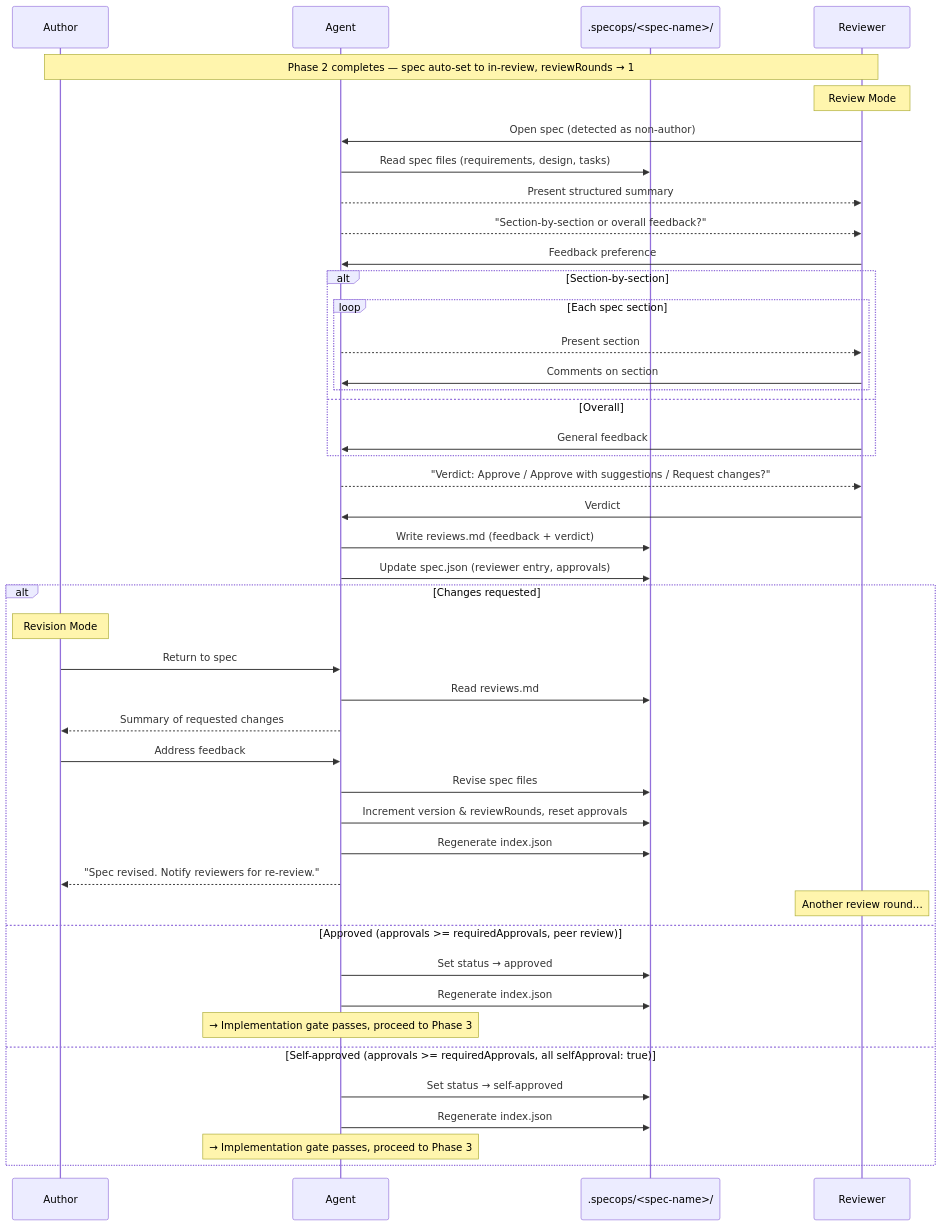
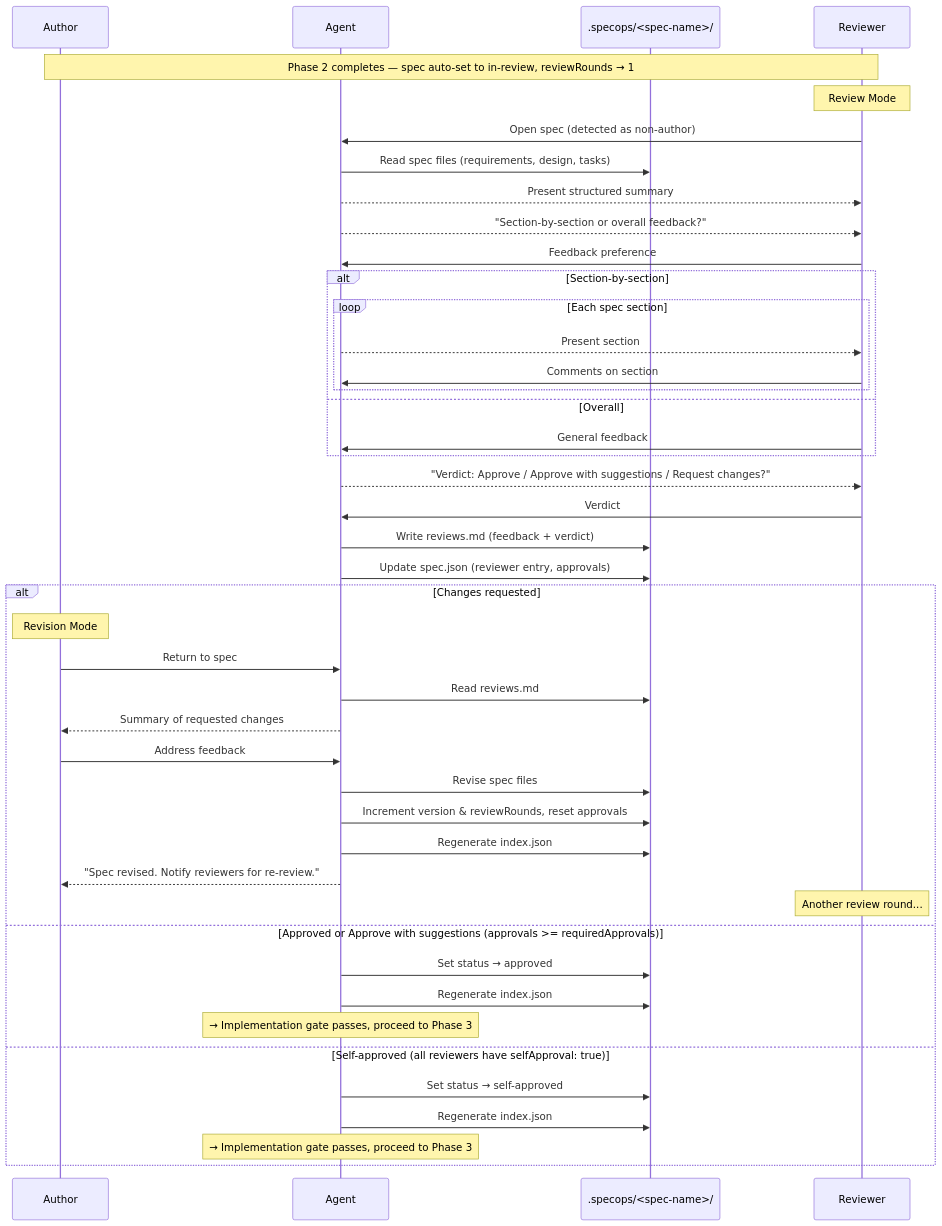
Before and after one commit to sanmak/specops: the third of 8 diagrams in docs/DIAGRAMS.md, drawn with Mermaid. The commit also changed other lines of this file and 13 other files, not shown here.

````diff
--- a/docs/DIAGRAMS.md
+++ b/docs/DIAGRAMS.md
@@ -158,53 +158,53 @@
 ```mermaid
 sequenceDiagram
     participant Author
     participant A as Agent
     participant S as .specops/<spec-name>/
     participant Reviewer
 
     Note over Author,Reviewer: Phase 2 completes — spec auto-set to in-review, reviewRounds → 1
 
     Note over Reviewer: Review Mode
 
     Reviewer->>A: Open spec (detected as non-author)
     A->>S: Read spec files (requirements, design, tasks)
     A-->>Reviewer: Present structured summary
     A-->>Reviewer: "Section-by-section or overall feedback?"
     Reviewer->>A: Feedback preference
 
     alt Section-by-section
         loop Each spec section
             A-->>Reviewer: Present section
             Reviewer->>A: Comments on section
         end
     else Overall
         Reviewer->>A: General feedback
     end
 
     A-->>Reviewer: "Verdict: Approve / Approve with suggestions / Request changes?"
     Reviewer->>A: Verdict
 
     A->>S: Write reviews.md (feedback + verdict)
     A->>S: Update spec.json (reviewer entry, approvals)
 
     alt Changes requested
         Note over Author: Revision Mode
         Author->>A: Return to spec
         A->>S: Read reviews.md
         A-->>Author: Summary of requested changes
         Author->>A: Address feedback
         A->>S: Revise spec files
         A->>S: Increment version & reviewRounds, reset approvals
         A->>S: Regenerate index.json
         A-->>Author: "Spec revised. Notify reviewers for re-review."
         Note over Reviewer: Another review round...
-    else Approved (approvals >= requiredApprovals, peer review)
+    else Approved or Approve with suggestions (approvals >= requiredApprovals)
         A->>S: Set status → approved
         A->>S: Regenerate index.json
         Note over A: → Implementation gate passes, proceed to Phase 3
-    else Self-approved (approvals >= requiredApprovals, all selfApproval: true)
+    else Self-approved (all reviewers have selfApproval: true)
         A->>S: Set status → self-approved
         A->>S: Regenerate index.json
         Note over A: → Implementation gate passes, proceed to Phase 3
     end
 ```
````
